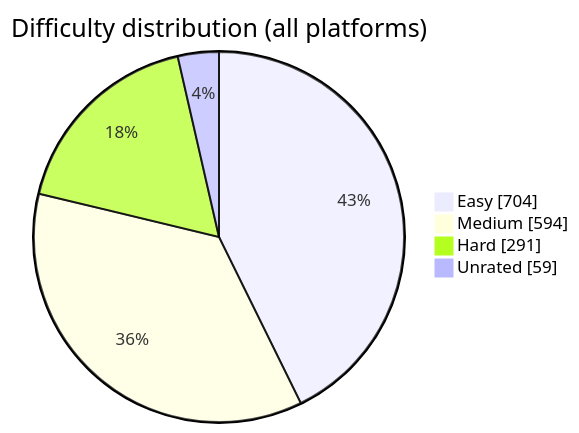
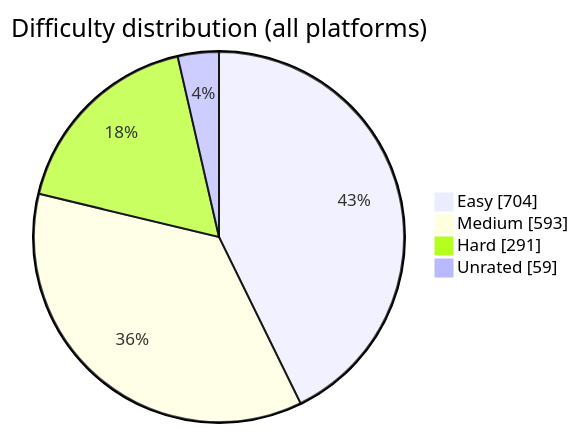
Before and after one commit to BuildbyArindam/Daily-Coding-Log: the diagram in README.md, drawn with Mermaid. The commit also changed other lines of this file, not shown here.

````diff
--- a/README.md
+++ b/README.md
@@ -93,7 +93,7 @@
 ```mermaid
 pie showData title Difficulty distribution (all platforms)
     "Easy" : 704
-    "Medium" : 594
+    "Medium" : 593
     "Hard" : 291
     "Unrated" : 59
 ```
````
